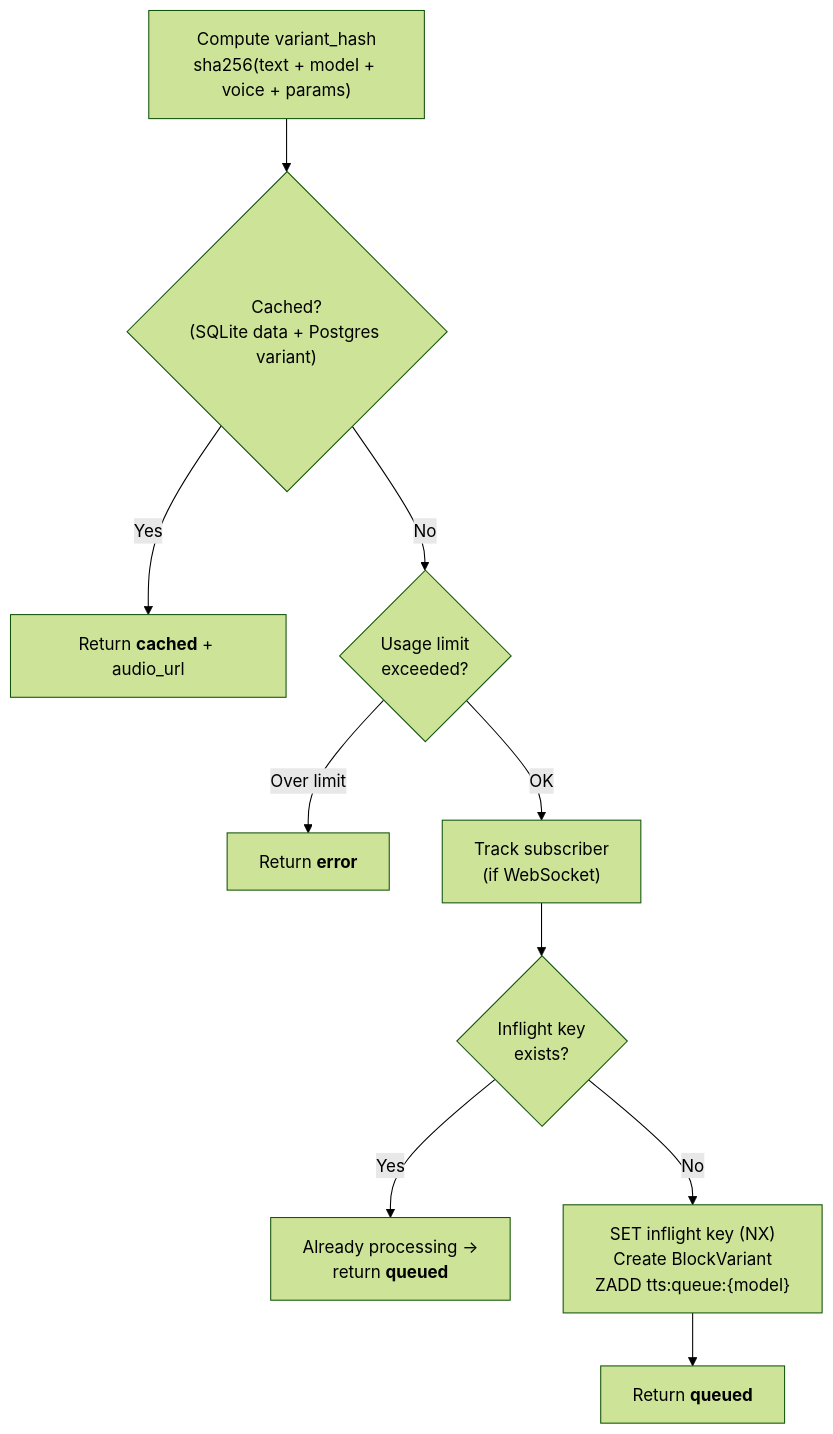
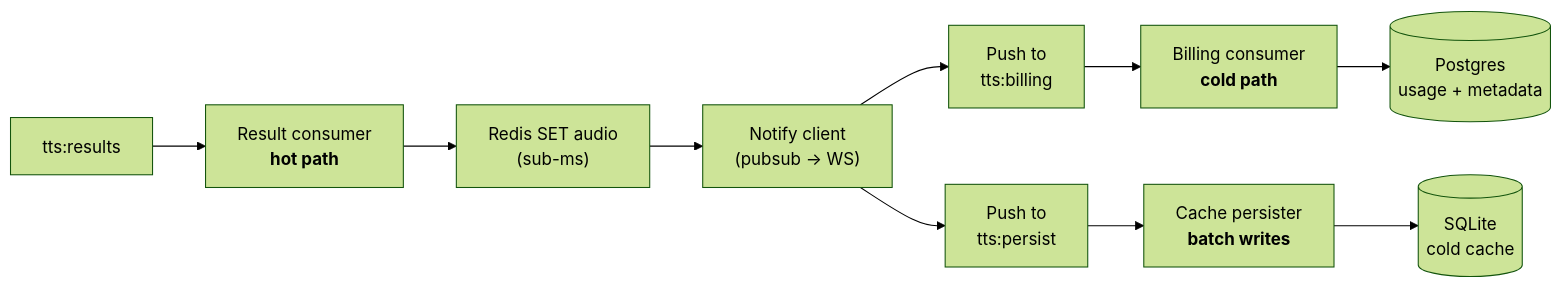
The sixth of 7 diagrams in docs/architecture.md (yapit-tts/yapit), drawn with Mermaid (forest theme) before and after one commit. The commit also changed other lines of this file and 2 other files, not shown here.

First line of the commit message:
docs: rewrite architecture.md — trim implementation detail, update diagrams

````diff
--- a/docs/architecture.md
+++ b/docs/architecture.md
@@ -294,12 +245,14 @@
 ```mermaid
-flowchart TD
-    A["Compute variant_hash<br/>sha256(text + model + voice + params)"] --> B{"Cached?<br/>(SQLite data + Postgres variant)"}
-    B -->|Yes| C["Return <b>cached</b> + audio_url"]
-    B -->|No| D{"Usage limit<br/>exceeded?"}
-    D -->|Over limit| E["Return <b>error</b>"]
-    D -->|OK| F["Track subscriber<br/>(if WebSocket)"]
-    F --> G{"Inflight key<br/>exists?"}
-    G -->|Yes| H["Already processing →<br/>return <b>queued</b>"]
-    G -->|No| I["SET inflight key (NX)<br/>Create BlockVariant<br/>ZADD tts:queue:{model}"]
-    I --> J["Return <b>queued</b>"]
+flowchart LR
+    RES["tts:results"] --> RC["Result consumer<br/><b>hot path</b>"]
+    RC --> REDIS_SET["Redis SET audio<br/>(sub-ms)"]
+    REDIS_SET --> NOTIFY["Notify client<br/>(pubsub → WS)"]
+    NOTIFY --> BILL["Push to<br/>tts:billing"]
+    NOTIFY --> PERSIST["Push to<br/>tts:persist"]
+
+    BILL --> BC["Billing consumer<br/><b>cold path</b>"]
+    BC --> PG[(Postgres<br/>usage + metadata)]
+
+    PERSIST --> CP["Cache persister<br/><b>batch writes</b>"]
+    CP --> SQLite[(SQLite<br/>cold cache)]
 ```
````
